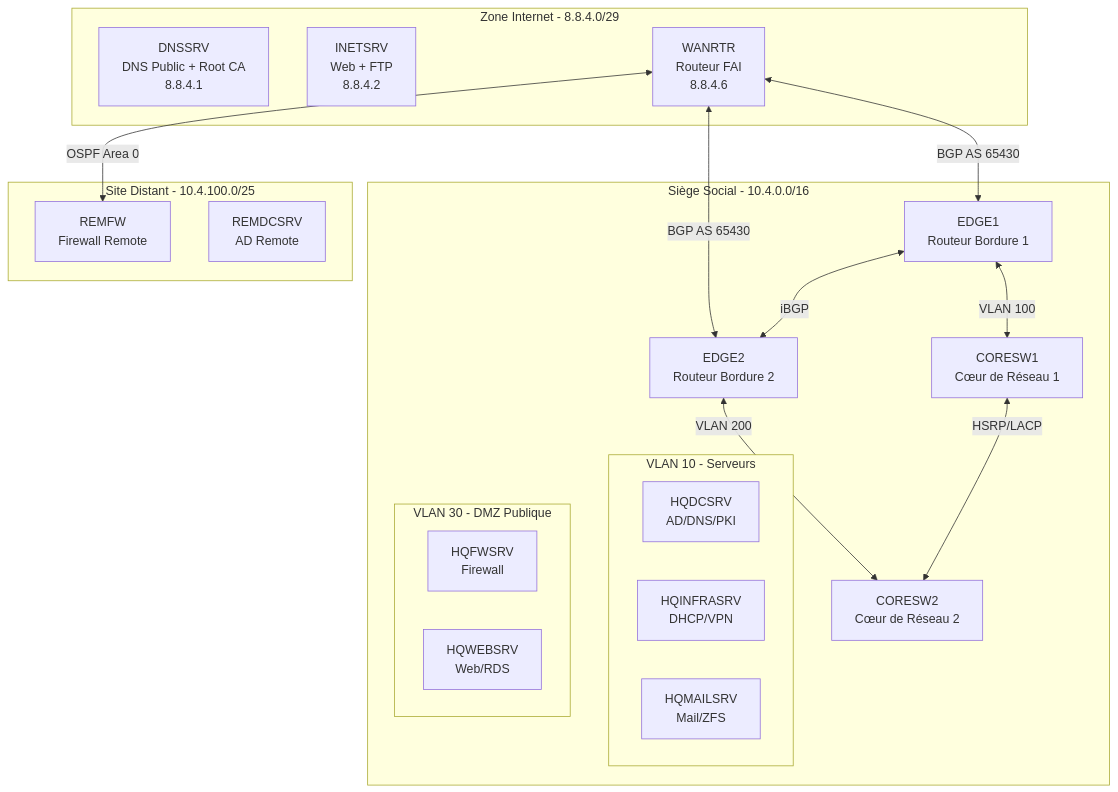
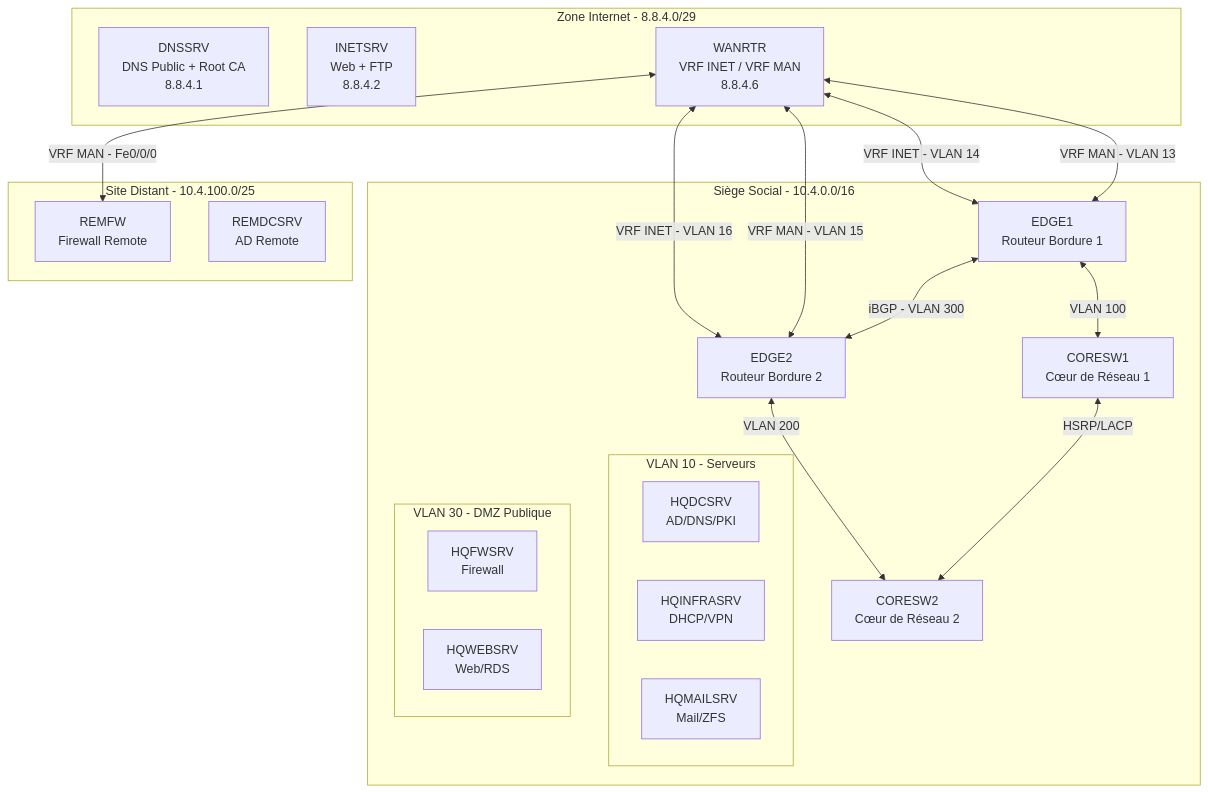
Before and after one commit to BadIssues/SAE-501: the diagram in readme.md, drawn with Mermaid. The commit also changed other lines of this file, not shown here.

Commit message:
Mise à jour README avec détails VRF et architecture WANRTR

````diff
--- a/readme.md
+++ b/readme.md
@@ -24,40 +24,45 @@
 ```mermaid
 graph TD
     subgraph INTERNET [Zone Internet - 8.8.4.0/29]
         DNSSRV[DNSSRV<br>DNS Public + Root CA<br>8.8.4.1]
         INETSRV[INETSRV<br>Web + FTP<br>8.8.4.2]
-        WANRTR[WANRTR<br>Routeur FAI<br>8.8.4.6]
+        WANRTR[WANRTR<br>VRF INET / VRF MAN<br>8.8.4.6]
     end
 
     subgraph HQ [Siège Social - 10.4.0.0/16]
         EDGE1[EDGE1<br>Routeur Bordure 1]
         EDGE2[EDGE2<br>Routeur Bordure 2]
         CORESW1[CORESW1<br>Cœur de Réseau 1]
         CORESW2[CORESW2<br>Cœur de Réseau 2]
         
         subgraph SERVERS [VLAN 10 - Serveurs]
             HQDCSRV[HQDCSRV<br>AD/DNS/PKI]
             HQINFRASRV[HQINFRASRV<br>DHCP/VPN]
             HQMAILSRV[HQMAILSRV<br>Mail/ZFS]
         end
         
         subgraph DMZ [VLAN 30 - DMZ Publique]
             HQFWSRV[HQFWSRV<br>Firewall]
             HQWEBSRV[HQWEBSRV<br>Web/RDS]
         end
     end
 
     subgraph REMOTE [Site Distant - 10.4.100.0/25]
         REMFW[REMFW<br>Firewall Remote]
         REMDCSRV[REMDCSRV<br>AD Remote]
     end
 
-    WANRTR <-->|BGP AS 65430| EDGE1
-    WANRTR <-->|BGP AS 65430| EDGE2
-    WANRTR <-->|OSPF Area 0| REMFW
+    %% Liaisons BGP (Internet)
+    WANRTR <-->|VRF INET - VLAN 14| EDGE1
+    WANRTR <-->|VRF INET - VLAN 16| EDGE2
     
-    EDGE1 <-->|iBGP| EDGE2
+    %% Liaisons OSPF (MAN)
+    WANRTR <-->|VRF MAN - VLAN 13| EDGE1
+    WANRTR <-->|VRF MAN - VLAN 15| EDGE2
+    WANRTR <-->|VRF MAN - Fe0/0/0| REMFW
+    
+    EDGE1 <-->|iBGP - VLAN 300| EDGE2
     EDGE1 <-->|VLAN 100| CORESW1
     EDGE2 <-->|VLAN 200| CORESW2
     CORESW1 <-->|HSRP/LACP| CORESW2
 ```
````
